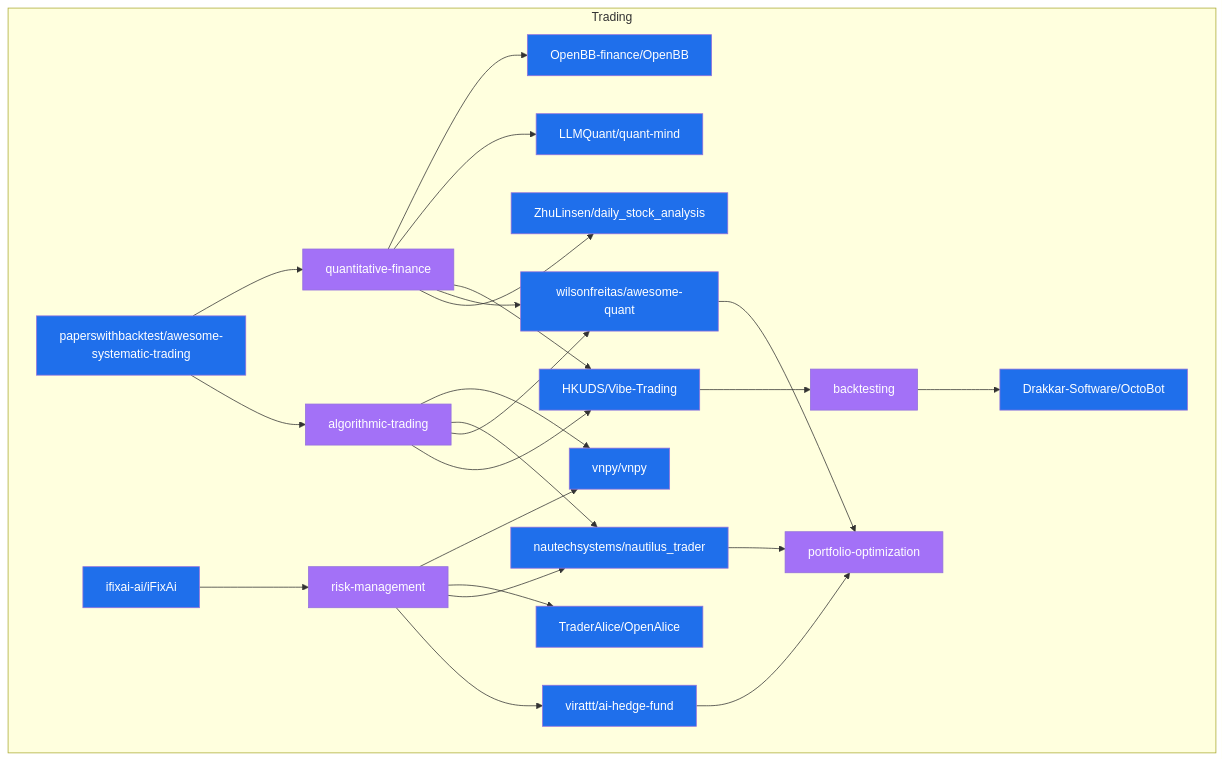
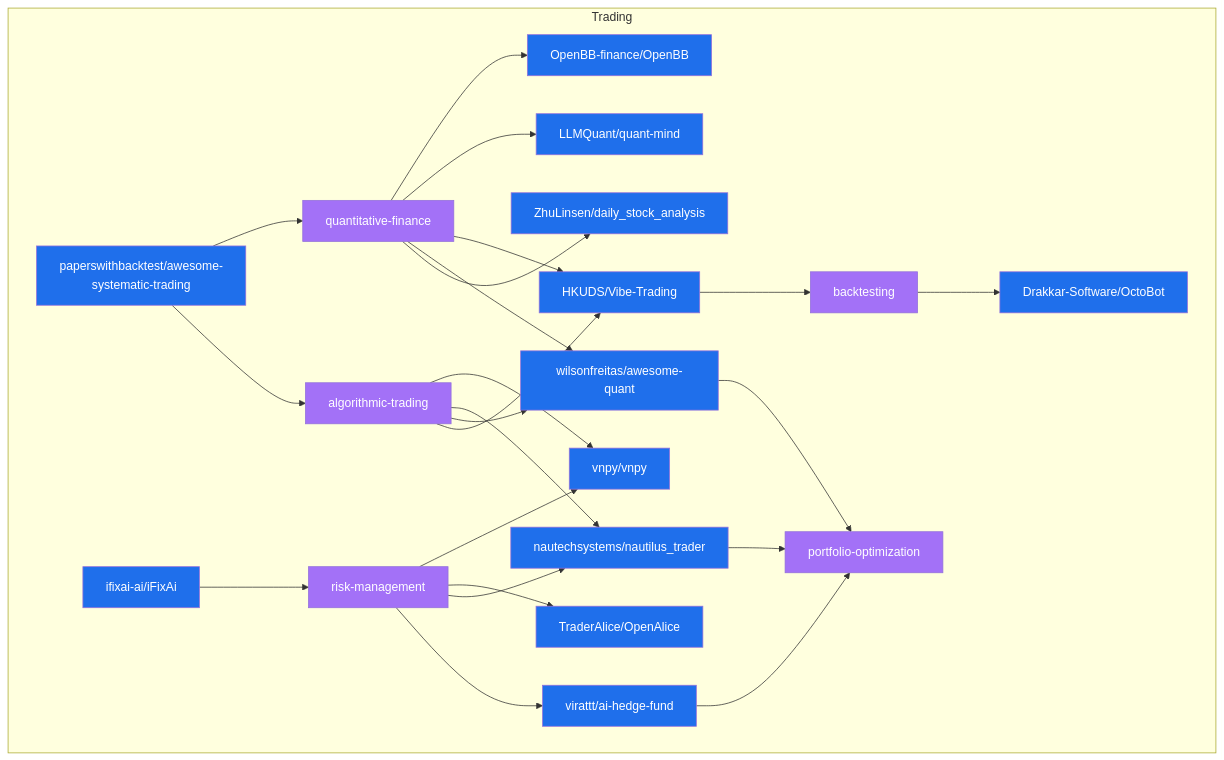
One commit to Meru143/star-graph changed the diagram in data/star_graph_trading.mermaid. Above: the diagram before and after it, drawn with Mermaid. The commit also changed other lines of this file and 15 other files, not shown here.

```diff
--- a/data/star_graph_trading.mermaid
+++ b/data/star_graph_trading.mermaid
@@ -1,46 +1,46 @@
 graph TD
   subgraph trading ["Trading"]
-    quantitative_finance["quantitative-finance"]:::topic
+    wilsonfreitas_awesome_quant["wilsonfreitas/awesome-quant"]:::repo
+    virattt_ai_hedge_fund["virattt/ai-hedge-fund"]:::repo
+    Drakkar_Software_OctoBot["Drakkar-Software/OctoBot"]:::repo
+    nautechsystems_nautilus_trader["nautechsystems/nautilus_trader"]:::repo
+    ZhuLinsen_daily_stock_analysis["ZhuLinsen/daily_stock_analysis"]:::repo
+    algorithmic_trading["algorithmic-trading"]:::topic
+    ifixai_ai_iFixAi["ifixai-ai/iFixAi"]:::repo
+    TraderAlice_OpenAlice["TraderAlice/OpenAlice"]:::repo
+    HKUDS_Vibe_Trading["HKUDS/Vibe-Trading"]:::repo
+    LLMQuant_quant_mind["LLMQuant/quant-mind"]:::repo
+    OpenBB_finance_OpenBB["OpenBB-finance/OpenBB"]:::repo
+    backtesting["backtesting"]:::topic
     portfolio_optimization["portfolio-optimization"]:::topic
     vnpy_vnpy["vnpy/vnpy"]:::repo
-    ZhuLinsen_daily_stock_analysis["ZhuLinsen/daily_stock_analysis"]:::repo
-    nautechsystems_nautilus_trader["nautechsystems/nautilus_trader"]:::repo
     paperswithbacktest_awesome_systematic_trading["paperswithbacktest/awesome-systematic-trading"]:::repo
-    LLMQuant_quant_mind["LLMQuant/quant-mind"]:::repo
     risk_management["risk-management"]:::topic
-    ifixai_ai_iFixAi["ifixai-ai/iFixAi"]:::repo
-    OpenBB_finance_OpenBB["OpenBB-finance/OpenBB"]:::repo
-    Drakkar_Software_OctoBot["Drakkar-Software/OctoBot"]:::repo
-    HKUDS_Vibe_Trading["HKUDS/Vibe-Trading"]:::repo
-    wilsonfreitas_awesome_quant["wilsonfreitas/awesome-quant"]:::repo
-    virattt_ai_hedge_fund["virattt/ai-hedge-fund"]:::repo
-    TraderAlice_OpenAlice["TraderAlice/OpenAlice"]:::repo
-    backtesting["backtesting"]:::topic
-    algorithmic_trading["algorithmic-trading"]:::topic
+    quantitative_finance["quantitative-finance"]:::topic
   end
   paperswithbacktest_awesome_systematic_trading --> algorithmic_trading
   paperswithbacktest_awesome_systematic_trading --> quantitative_finance
   algorithmic_trading --> HKUDS_Vibe_Trading
   algorithmic_trading --> wilsonfreitas_awesome_quant
   algorithmic_trading --> nautechsystems_nautilus_trader
   algorithmic_trading --> vnpy_vnpy
   quantitative_finance --> ZhuLinsen_daily_stock_analysis
   quantitative_finance --> wilsonfreitas_awesome_quant
   quantitative_finance --> HKUDS_Vibe_Trading
   quantitative_finance --> LLMQuant_quant_mind
   quantitative_finance --> OpenBB_finance_OpenBB
   ifixai_ai_iFixAi --> risk_management
   risk_management --> virattt_ai_hedge_fund
   risk_management --> nautechsystems_nautilus_trader
   risk_management --> TraderAlice_OpenAlice
   risk_management --> vnpy_vnpy
   wilsonfreitas_awesome_quant --> portfolio_optimization
   virattt_ai_hedge_fund --> portfolio_optimization
   HKUDS_Vibe_Trading --> backtesting
   backtesting --> Drakkar_Software_OctoBot
   nautechsystems_nautilus_trader --> portfolio_optimization
   classDef repo fill:#1f6feb,color:#fff;
   classDef topic fill:#a371f7,color:#fff;
   classDef technology fill:#3fb950,color:#fff;
   classDef use_case fill:#d29922,color:#fff;
   classDef architecture fill:#f85149,color:#fff;
```
